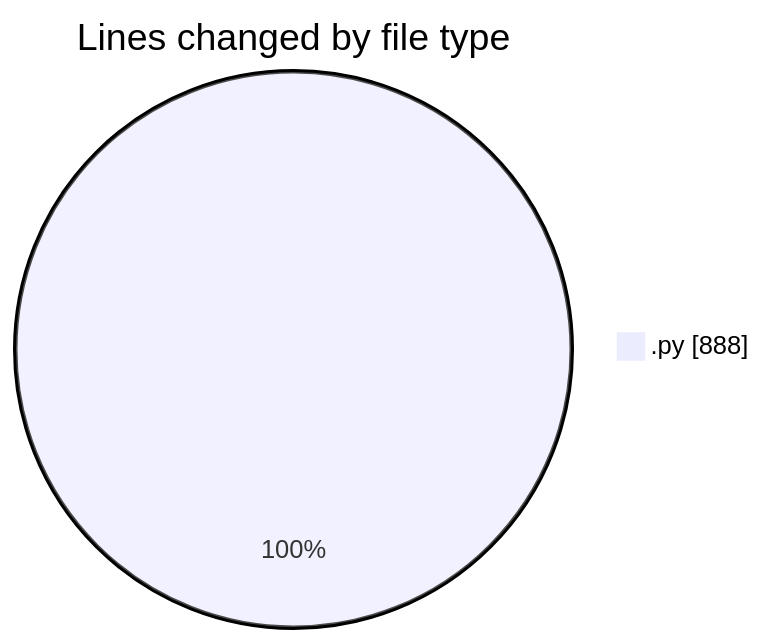
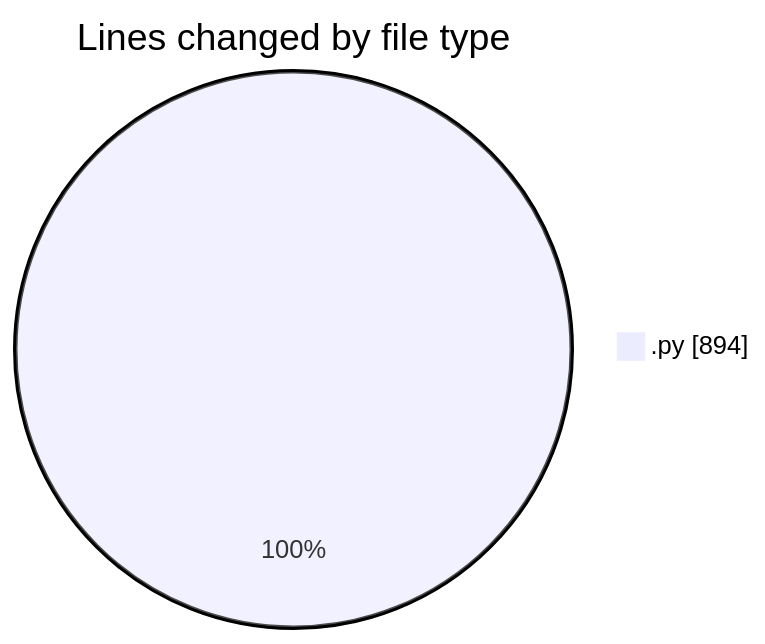
One commit to julien-gomy/code-tracking changed the first of 2 diagrams in 2025-11-20/eventscop-api-guide__workspace_/README.md. Above: the diagram before and after it, drawn with Mermaid. The commit also changed other lines of this file and 1 other file, not shown here.

````diff
--- a/2025-11-20/eventscop-api-guide__workspace_/README.md
+++ b/2025-11-20/eventscop-api-guide__workspace_/README.md
@@ -23,5 +23,5 @@
 ```mermaid
 pie showData
 title Lines changed by file type
-".py" : 888
+".py" : 894
 ```
````
